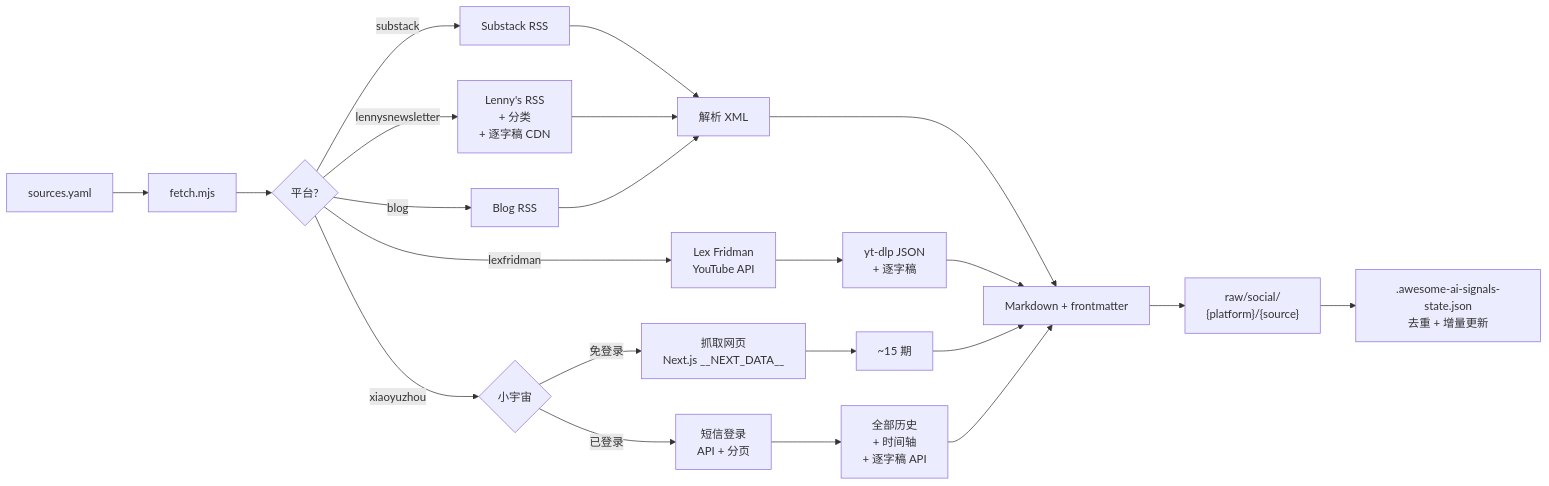
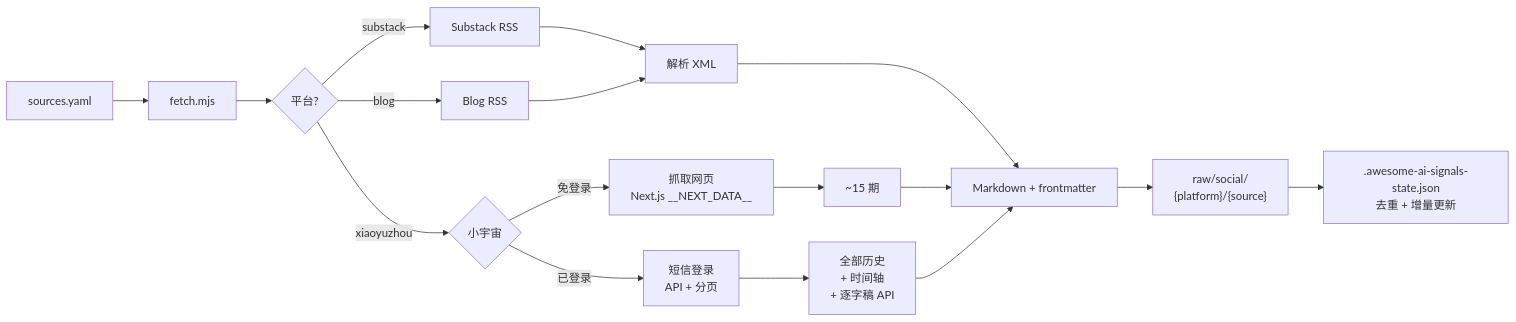
Before and after one commit to Royce17/AI-Signals: the diagram in README.zh-CN.md, drawn with Mermaid. The commit also changed other lines of this file and 2 other files, not shown here.

````diff
--- a/README.zh-CN.md
+++ b/README.zh-CN.md
@@ -124,42 +120,32 @@
 ```mermaid
 flowchart LR
     A[sources.yaml] --> B[fetch.mjs]
     B --> C{平台?}
 
     C -->|substack| D[Substack RSS]
-    C -->|lennysnewsletter| D2["Lenny's RSS
-+ 分类
-+ 逐字稿 CDN"]
     C -->|blog| E[Blog RSS]
-    C -->|lexfridman| E2["Lex Fridman
-YouTube API"]
     C -->|xiaoyuzhou| F{小宇宙}
 
     D --> G[解析 XML]
-    D2 --> G
     E --> G
-    E2 --> G2["yt-dlp JSON
-+ 逐字稿"]
-
-    G --> L[Markdown + frontmatter]
-    G2 --> L
 
     F -->|免登录| H["抓取网页
 Next.js __NEXT_DATA__"]
     F -->|已登录| I["短信登录
 API + 分页"]
 
     H --> J[~15 期]
     I --> K["全部历史
 + 时间轴
 + 逐字稿 API"]
 
+    G --> L[Markdown + frontmatter]
     J --> L
     K --> L
 
     L --> M["raw/social/
 {platform}/{source}"]
 
     M --> N[".awesome-ai-signals-state.json
 去重 + 增量更新"]
 ```
````
